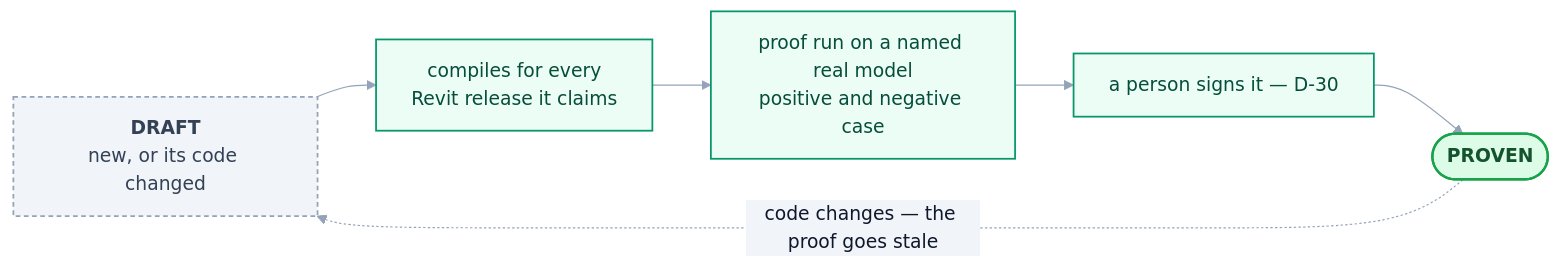
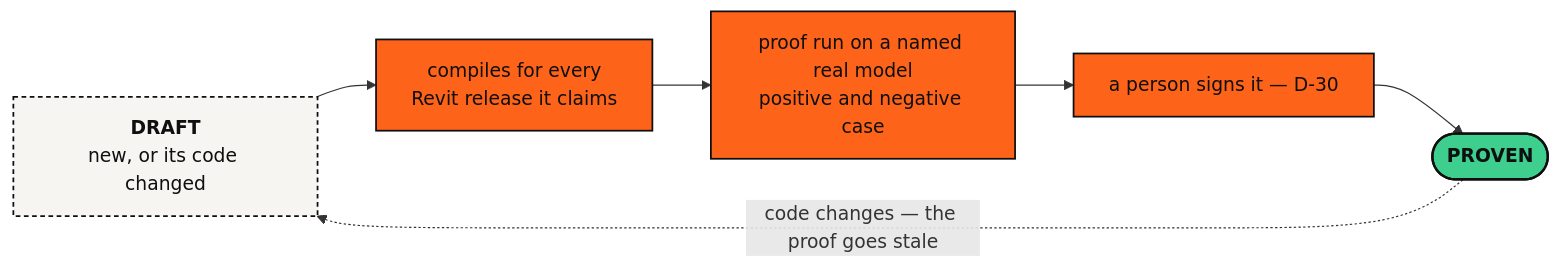
One commit to Ajmalpshaik/Heron-AI changed the second of 4 diagrams in docs/00-master-specification.md. Above: the diagram before and after it, drawn with Mermaid. The commit also changed other lines of this file and 44 other files, not shown here.

First line of the commit message:
Diagrams in the other docs move to the brand palette (D-149, #1116)

````diff
--- a/docs/00-master-specification.md
+++ b/docs/00-master-specification.md
@@ -720,16 +719,15 @@
 ```mermaid
-%%{init: {"themeVariables": {"edgeLabelBackground":"#F1F5F9","lineColor":"#94A3B8","textColor":"#0F172A","tertiaryTextColor":"#0F172A"}}}%%
 flowchart LR
     D["<b>DRAFT</b><br/>new, or its code changed"] --> C["compiles for every<br/>Revit release it claims"]
     C --> P["proof run on a named real model<br/>positive and negative case"]
     P --> S["a person signs it — D-30"]
     S --> PR(["<b>PROVEN</b>"])
     PR -.->|"code changes — the proof goes stale"| D
 
-    classDef draft fill:#F1F5F9,stroke:#94A3B8,stroke-width:1.5px,color:#334155,stroke-dasharray:4 3
-    classDef step fill:#ECFDF5,stroke:#059669,stroke-width:1.5px,color:#064E3B
-    classDef proven fill:#DCFCE7,stroke:#16A34A,stroke-width:2px,color:#14532D
+    classDef draft fill:#F7F5F2,stroke:#0F0F10,stroke-width:1.5px,color:#0F0F10,stroke-dasharray:4 3
+    classDef step fill:#FD641A,stroke:#0F0F10,stroke-width:1.5px,color:#0F0F10
+    classDef proven fill:#3ECF8E,stroke:#0F0F10,stroke-width:2px,color:#0F0F10
     class D draft
     class C,P,S step
     class PR proven
 ```
````
